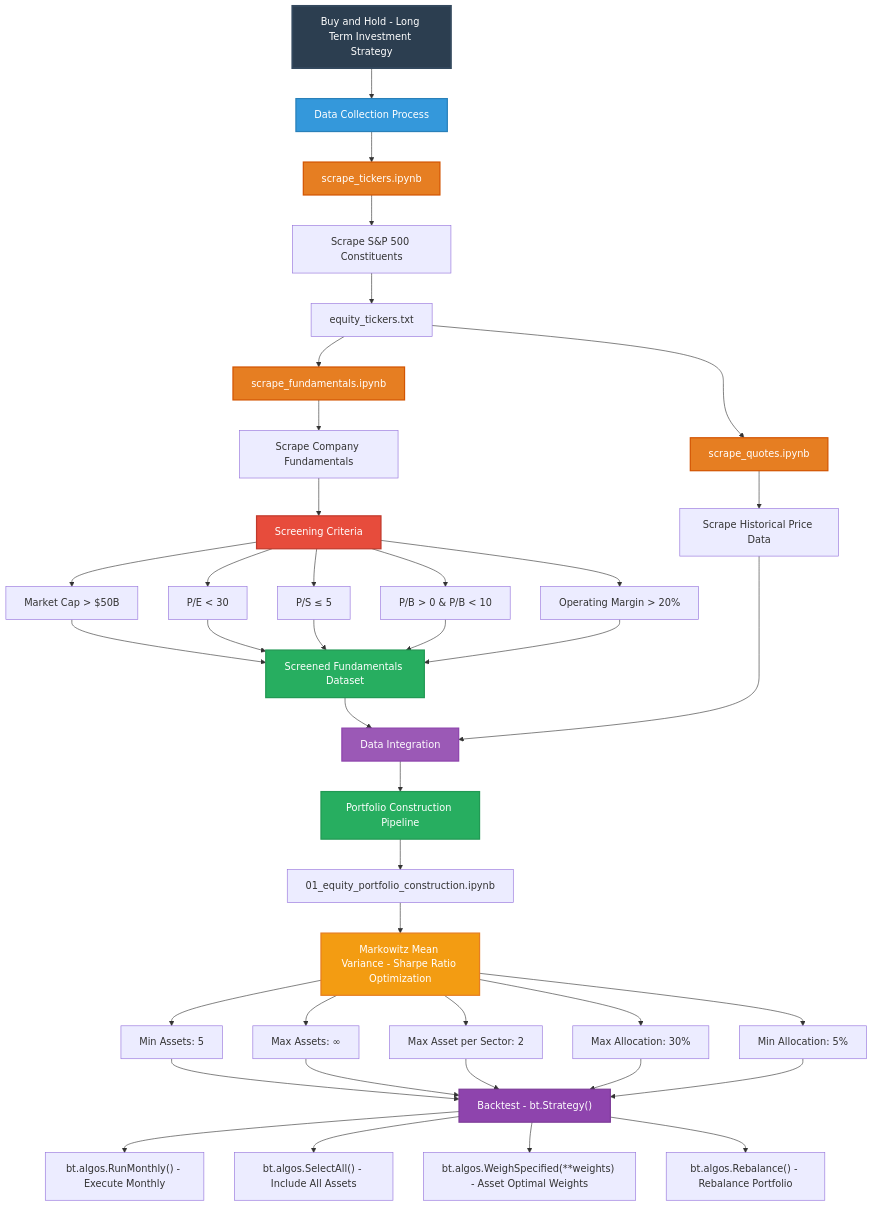
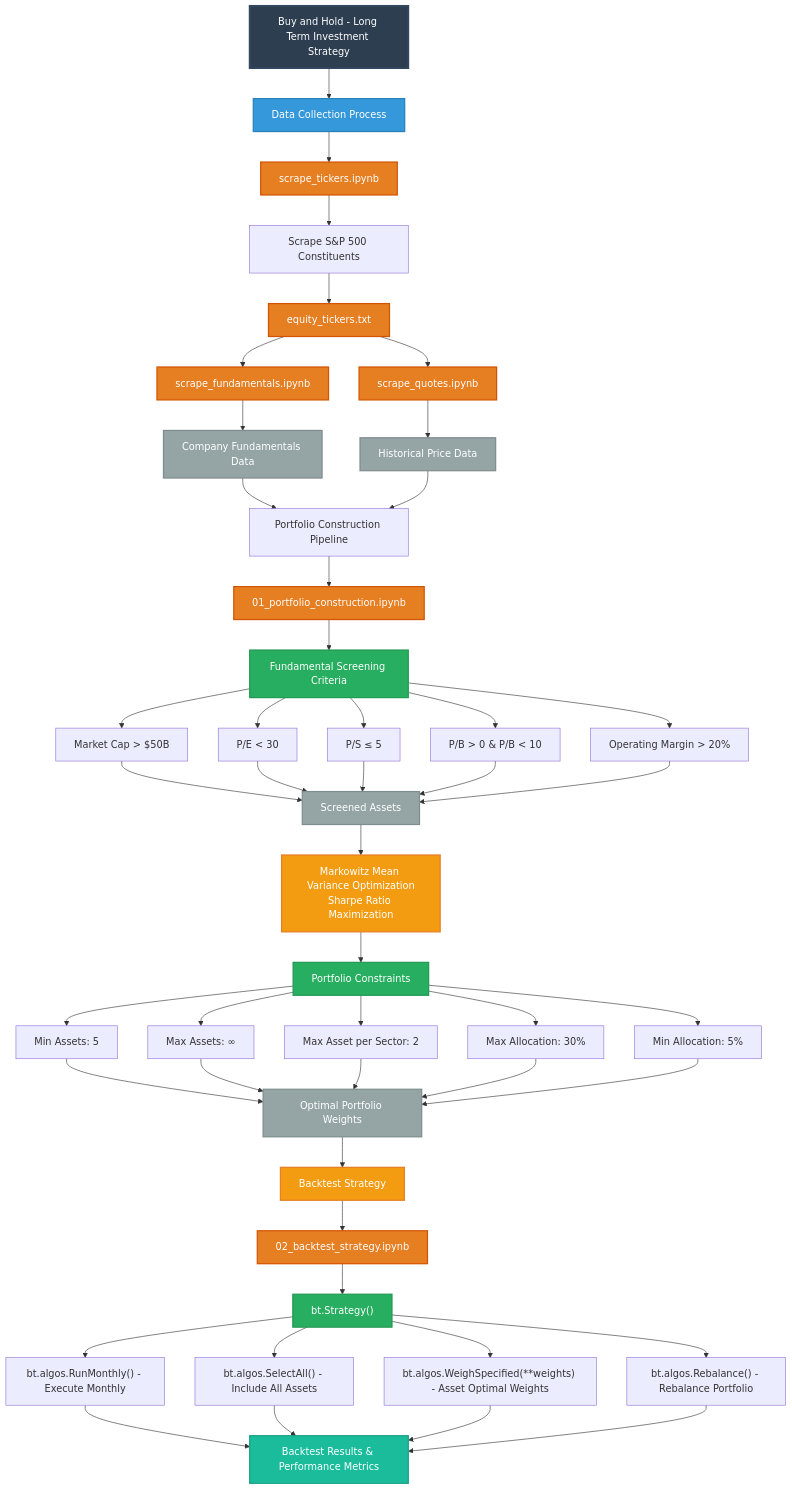
Before and after one commit to renan-peres/mfin-algo-trading-team: the diagram in README.md, drawn with Mermaid.

Commit message:
Diagram Update

````diff
--- a/README.md
+++ b/README.md
@@ -7,69 +7,89 @@
 flowchart TD
     Title[Buy and Hold - Long Term Investment Strategy]
     
+    %% Data Collection Phase
     Title --> A[Data Collection Process]
     A --> B[scrape_tickers.ipynb]
-    
     B --> B1[Scrape S&P 500 Constituents]
     B1 --> B2[equity_tickers.txt]
     
-    B2 --> C[scrape_fundamentals.ipynb]
-    B2 --> D[scrape_quotes.ipynb]
+    %% Parallel Data Scraping
+    B2 --> C1[scrape_fundamentals.ipynb]
+    B2 --> D1[scrape_quotes.ipynb]
+    C1 --> C1_OUT[Company Fundamentals Data]
+    D1 --> D1_OUT[Historical Price Data]
     
-    %% Add invisible spacing nodes for alignment
-    C ~~~ D
+    %% Portfolio Construction Phase
+    C1_OUT --> F[Portfolio Construction Pipeline]
+    D1_OUT --> F
+    F --> G[01_portfolio_construction.ipynb]
     
-    C --> C1[Scrape Company Fundamentals]
-    C1 --> C2[Screening Criteria]
-    
+    %% Screening Criteria
+    G --> C2[Fundamental Screening Criteria]
     C2 --> C3[Market Cap > $50B]
     C2 --> C4[P/E < 30]
     C2 --> C5[P/S ≤ 5]
     C2 --> C6[P/B > 0 & P/B < 10]
     C2 --> C7[Operating Margin > 20%]
     
-    C3 --> C8[Screened Fundamentals Dataset]
+    %% Screened Results
+    C3 --> C8[Screened Assets]
     C4 --> C8
     C5 --> C8
     C6 --> C8
     C7 --> C8
     
-    D --> D1[Scrape Historical Price Data]
+    %% Portfolio Optimization
+    C8 --> G1[Markowitz Mean Variance Optimization<br/>Sharpe Ratio Maximization]
     
-    C8 --> E[Data Integration]
-    D1 --> E
+    %% Optimization Constraints
+    G1 --> CONSTRAINTS[Portfolio Constraints]
+    CONSTRAINTS --> G2[Min Assets: 5]
+    CONSTRAINTS --> G3[Max Assets: ∞]
+    CONSTRAINTS --> G4[Max Asset per Sector: 2]
+    CONSTRAINTS --> G5[Max Allocation: 30%]
+    CONSTRAINTS --> G6[Min Allocation: 5%]
     
-    E --> F[Portfolio Construction Pipeline]
-    F --> G[01_equity_portfolio_construction.ipynb]
+    %% Optimized Portfolio Output
+    G2 --> OPTIMAL[Optimal Portfolio Weights]
+    G3 --> OPTIMAL
+    G4 --> OPTIMAL
+    G5 --> OPTIMAL
+    G6 --> OPTIMAL
     
-    G --> G1["Markowitz Mean Variance - Sharpe Ratio Optimization"]
-    G1 --> G2[Min Assets: 5]
-    G1 --> G3[Max Assets: ∞]
-    G1 --> G4[Max Asset per Sector: 2]
-    G1 --> G5[Max Allocation: 30%]
-    G1 --> G6[Min Allocation: 5%]
+    %% Backtesting Phase
+    OPTIMAL --> H[Backtest Strategy]
+    H --> I[02_backtest_strategy.ipynb]
+    I --> J["bt.Strategy()"]
+
+    J --> J1["bt.algos.RunMonthly() - Execute Monthly"]
+    J --> J2["bt.algos.SelectAll() - Include All Assets"]
+    J --> J3["bt.algos.WeighSpecified(**weights) - Asset Optimal Weights"]
+    J --> J4["bt.algos.Rebalance() - Rebalance Portfolio"]
     
-    G2 --> H["Backtest - bt.Strategy()"]
-    G3 --> H
-    G4 --> H
-    G5 --> H
-    G6 --> H
-    
-    H --> H1["bt.algos.RunMonthly() - Execute Monthly"]
-    H --> H2["bt.algos.SelectAll() - Include All Assets"]
-    H --> H3["bt.algos.WeighSpecified(**weights) - Asset Optimal Weights"]
-    H --> H4["bt.algos.Rebalance() - Rebalance Portfolio"]
+    %% Final Output
+    J1 --> RESULTS[Backtest Results & Performance Metrics]
+    J2 --> RESULTS
+    J3 --> RESULTS
+    J4 --> RESULTS
     
     %% Styling
     style Title fill:#2c3e50,stroke:#34495e,stroke-width:3px,color:#ffffff
     style A fill:#3498db,stroke:#2980b9,stroke-width:2px,color:#ffffff
     style B fill:#e67e22,stroke:#d35400,stroke-width:2px,color:#ffffff
-    style C fill:#e67e22,stroke:#d35400,stroke-width:2px,color:#ffffff
-    style D fill:#e67e22,stroke:#d35400,stroke-width:2px,color:#ffffff
-    style C2 fill:#e74c3c,stroke:#c0392b,stroke-width:2px,color:#ffffff
-    style C8 fill:#27ae60,stroke:#229954,stroke-width:2px,color:#ffffff
-    style E fill:#9b59b6,stroke:#8e44ad,stroke-width:2px,color:#ffffff
-    style F fill:#27ae60,stroke:#229954,stroke-width:2px,color:#ffffff
+    style C1 fill:#e67e22,stroke:#d35400,stroke-width:2px,color:#ffffff
+    style D1 fill:#e67e22,stroke:#d35400,stroke-width:2px,color:#ffffff
+    style G fill:#e67e22,stroke:#d35400,stroke-width:2px,color:#ffffff
+    style I fill:#e67e22,stroke:#d35400,stroke-width:2px,color:#ffffff
+    style B2 fill:#e67e22,stroke:#d35400,stroke-width:2px,color:#ffffff
+    style C1_OUT fill:#95a5a6,stroke:#7f8c8d,stroke-width:2px,color:#ffffff
+    style D1_OUT fill:#95a5a6,stroke:#7f8c8d,stroke-width:2px,color:#ffffff
+    style C2 fill:#27ae60,stroke:#229954,stroke-width:2px,color:#ffffff
+    style C8 fill:#95a5a6,stroke:#7f8c8d,stroke-width:2px,color:#ffffff
     style G1 fill:#f39c12,stroke:#e67e22,stroke-width:2px,color:#ffffff
-    style H fill:#8e44ad,stroke:#7d3c98,stroke-width:2px,color:#ffffff
+    style CONSTRAINTS fill:#27ae60,stroke:#229954,stroke-width:2px,color:#ffffff
+    style OPTIMAL fill:#95a5a6,stroke:#7f8c8d,stroke-width:2px,color:#ffffff
+    style H fill:#f39c12,stroke:#e67e22,stroke-width:2px,color:#ffffff
+    style J fill:#27ae60,stroke:#229954,stroke-width:2px,color:#ffffff
+    style RESULTS fill:#1abc9c,stroke:#16a085,stroke-width:2px,color:#ffffff
 ```
````
